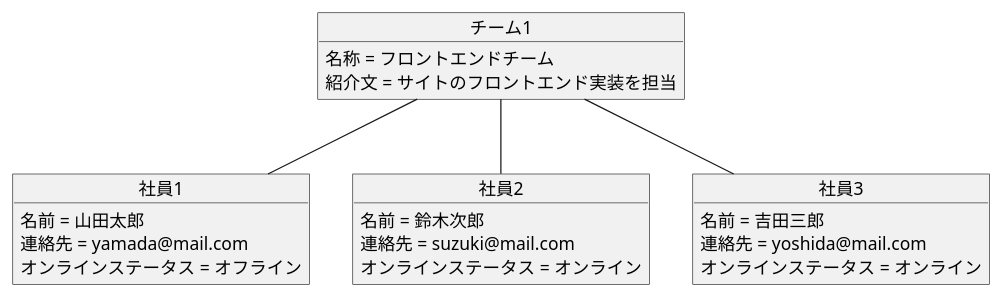
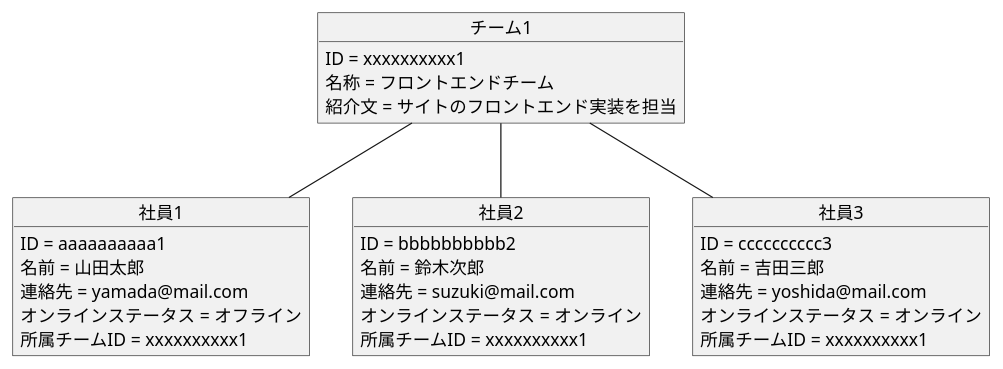
One commit to zakzakst/object-oriented-practice changed the second of 7 diagrams in 02_member-list-app/3_実装用の図.md. Above: the diagram before and after it, drawn with PlantUML. The commit also changed other lines of this file, not shown here.

Commit message:
練習2：社員名簿アプリ（実装用の図追加）

````diff
--- a/02_member-list-app/3_実装用の図.md
+++ b/02_member-list-app/3_実装用の図.md
@@ -24,26 +19,33 @@
 ```puml
 @startuml
 object チーム1
+チーム1 : ID = xxxxxxxxxx1
 チーム1 : 名称 = フロントエンドチーム
 チーム1 : 紹介文 = サイトのフロントエンド実装を担当
 
 object 社員1
+社員1 : ID = aaaaaaaaaa1
 社員1 : 名前 = 山田太郎
 社員1 : 連絡先 = yamada@mail.com
 社員1 : オンラインステータス = オフライン
+社員1 : 所属チームID = xxxxxxxxxx1
 
 object 社員2
+社員2 : ID = bbbbbbbbbb2
 社員2 : 名前 = 鈴木次郎
 社員2 : 連絡先 = suzuki@mail.com
 社員2 : オンラインステータス = オンライン
+社員2 : 所属チームID = xxxxxxxxxx1
 
 object 社員3
+社員3 : ID = cccccccccc3
 社員3 : 名前 = 吉田三郎
 社員3 : 連絡先 = yoshida@mail.com
 社員3 : オンラインステータス = オンライン
+社員3 : 所属チームID = xxxxxxxxxx1
 
 チーム1 -- 社員1
 チーム1 -- 社員2
 チーム1 -- 社員3
 @enduml
 ```
````
